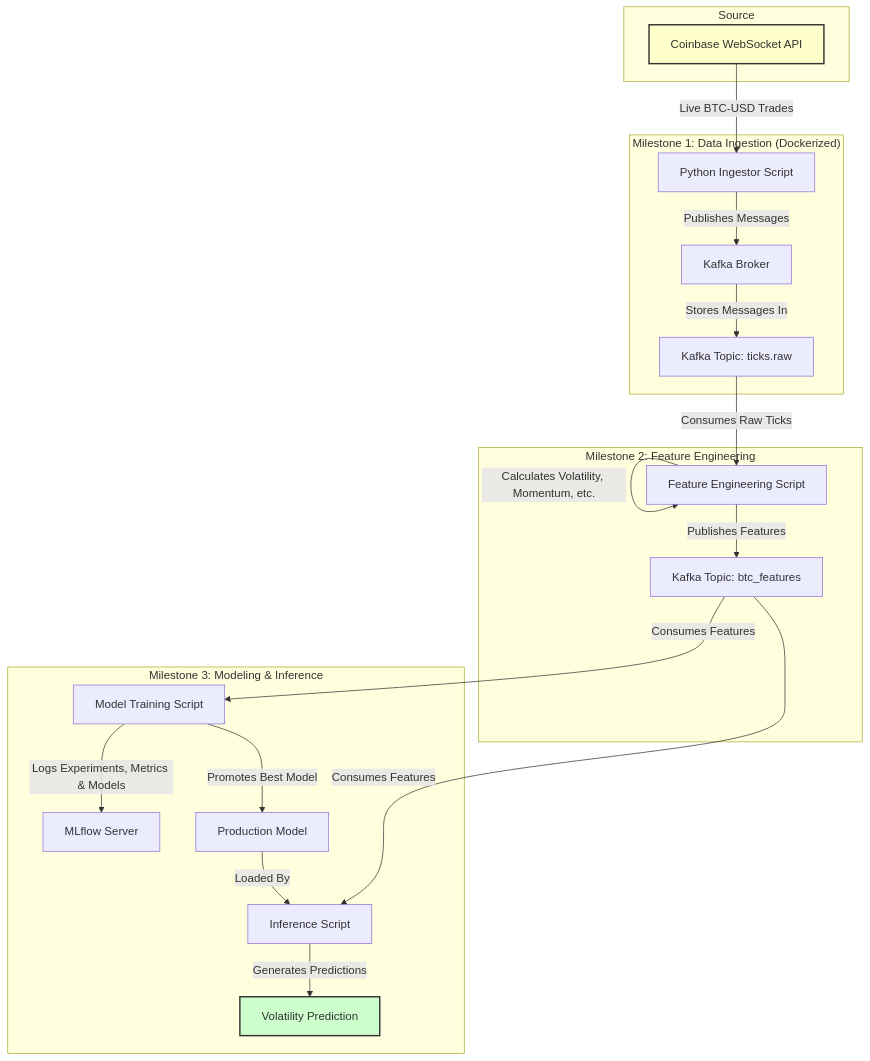
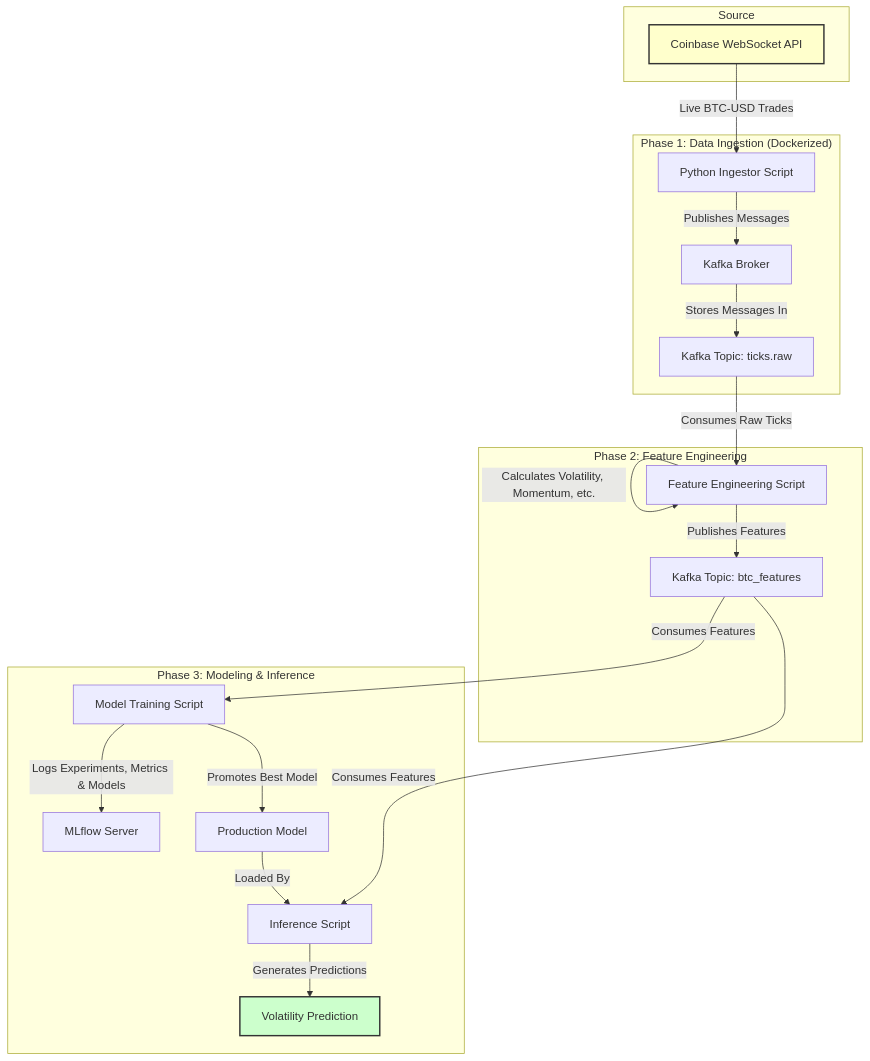
Before and after one commit to asligulcur/Real_TimeCryptoAIService_Nov_2025: the diagram in docs/PROJECT_EXECUTIVE_SUMMARY.md, drawn with Mermaid. The commit also changed other lines of this file and 8 other files, not shown here.

````diff
--- a/docs/PROJECT_EXECUTIVE_SUMMARY.md
+++ b/docs/PROJECT_EXECUTIVE_SUMMARY.md
@@ -46,40 +45,40 @@
 ```mermaid
 graph TD
     subgraph "Source"
         A[Coinbase WebSocket API]
     end
 
-    subgraph "Milestone 1: Data Ingestion (Dockerized)"
+    subgraph "Phase 1: Data Ingestion (Dockerized)"
         B[Python Ingestor Script]
         C[Kafka Broker]
         D["Kafka Topic: ticks.raw"]
         A -- Live BTC-USD Trades --> B
         B -- Publishes Messages --> C
         C -- Stores Messages In --> D
     end
 
-    subgraph "Milestone 2: Feature Engineering"
+    subgraph "Phase 2: Feature Engineering"
         E[Feature Engineering Script]
         F["Kafka Topic: btc_features"]
         D -- Consumes Raw Ticks --> E
         E -- Calculates Volatility, Momentum, etc. --> E
         E -- Publishes Features --> F
     end
 
-    subgraph "Milestone 3: Modeling & Inference"
+    subgraph "Phase 3: Modeling & Inference"
         G[Model Training Script]
         H[MLflow Server]
         I[Inference Script]
         J[Production Model]
 
         F -- Consumes Features --> G
         G -- Logs Experiments, Metrics & Models --> H
         G -- Promotes Best Model --> J
         F -- Consumes Features --> I
         J -- Loaded By --> I
         I -- Generates Predictions --> K[Volatility Prediction]
     end
 
     style A fill:#FFC,stroke:#333,stroke-width:2px
     style K fill:#CFC,stroke:#333,stroke-width:2px
 ```
````
